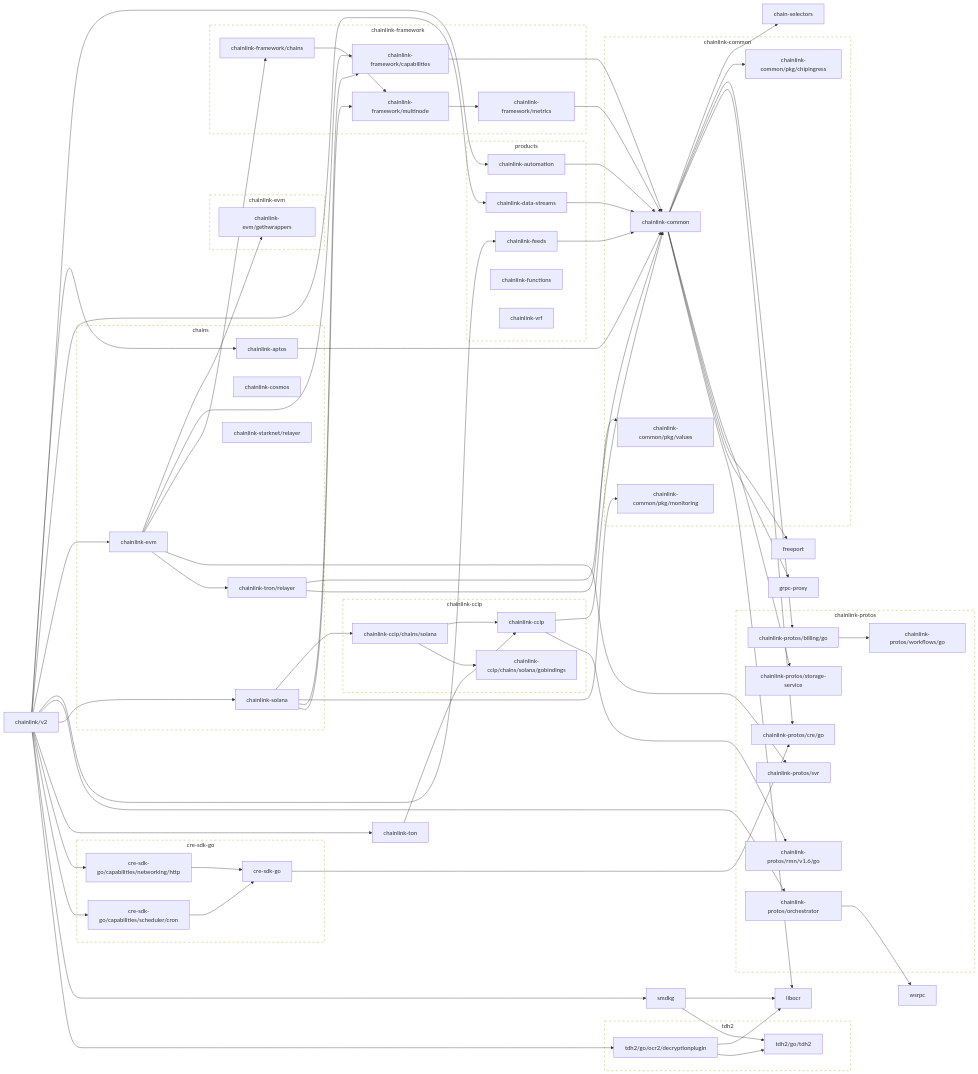
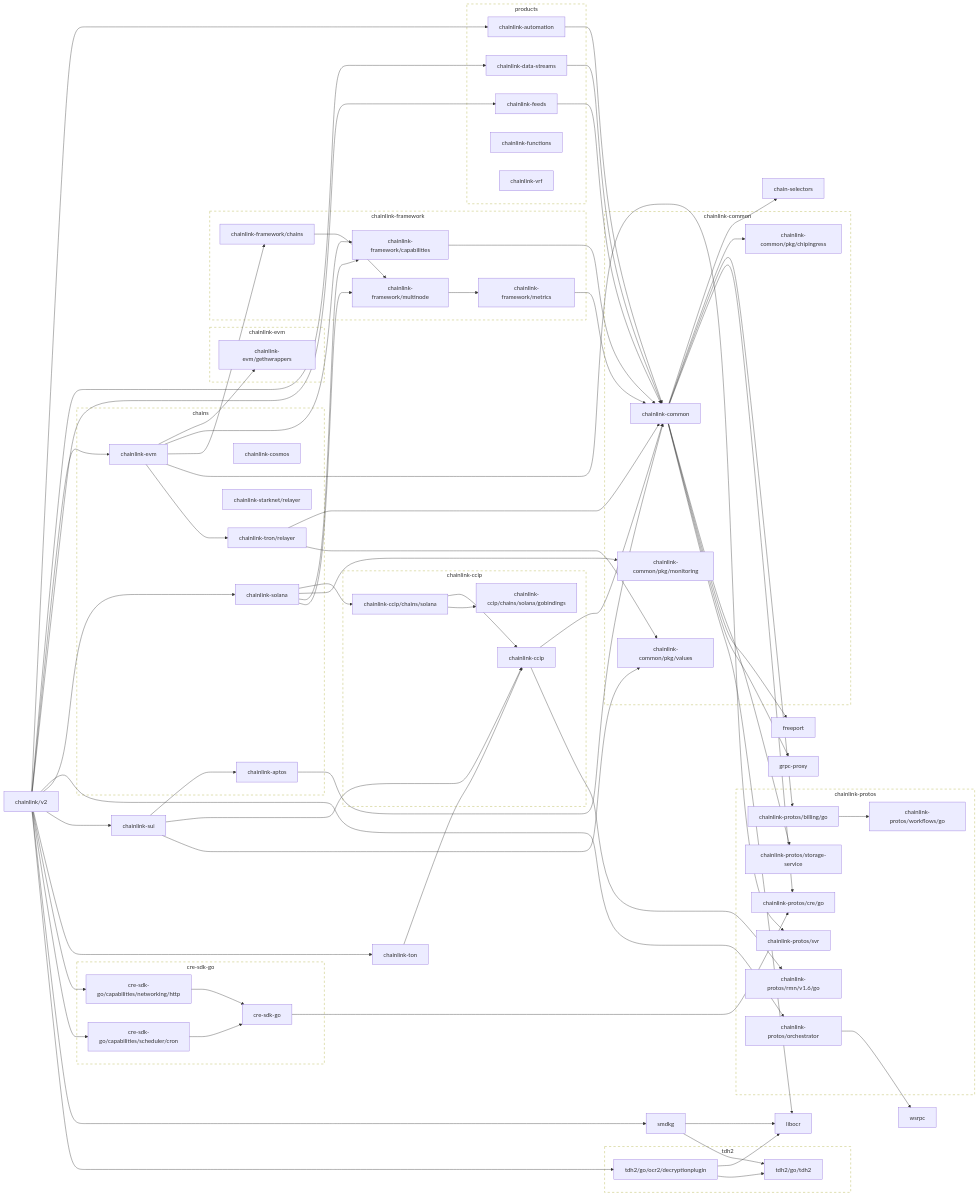
Before and after one commit to JohnDaWalka/chainlink: the first of 2 diagrams in go.md, drawn with Mermaid. The commit also changed other lines of this file and 80 other files, not shown here.

```diff
--- a/go.md
+++ b/go.md
@@ -90,18 +90,22 @@
 	chainlink-solana --> chainlink-framework/capabilities
 	chainlink-solana --> chainlink-framework/multinode
 	click chainlink-solana href "https://github.com/smartcontractkit/chainlink-solana"
+	chainlink-sui --> chainlink-aptos
+	chainlink-sui --> chainlink-ccip
+	chainlink-sui --> chainlink-common/pkg/values
+	click chainlink-sui href "https://github.com/smartcontractkit/chainlink-sui"
 	chainlink-ton --> chainlink-ccip
 	click chainlink-ton href "https://github.com/smartcontractkit/chainlink-ton"
 	chainlink-tron/relayer --> chainlink-common
 	chainlink-tron/relayer --> chainlink-common/pkg/values
 	click chainlink-tron/relayer href "https://github.com/smartcontractkit/chainlink-tron"
-	chainlink/v2 --> chainlink-aptos
 	chainlink/v2 --> chainlink-automation
 	chainlink/v2 --> chainlink-data-streams
 	chainlink/v2 --> chainlink-evm
 	chainlink/v2 --> chainlink-feeds
 	chainlink/v2 --> chainlink-protos/orchestrator
 	chainlink/v2 --> chainlink-solana
+	chainlink/v2 --> chainlink-sui
 	chainlink/v2 --> chainlink-ton
 	chainlink/v2 --> cre-sdk-go/capabilities/networking/http
 	chainlink/v2 --> cre-sdk-go/capabilities/scheduler/cron
```
